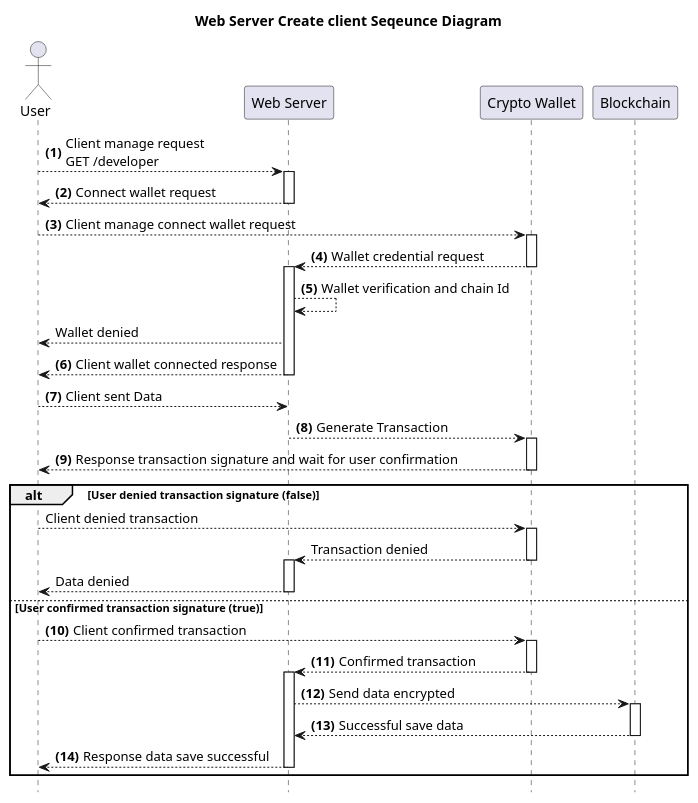
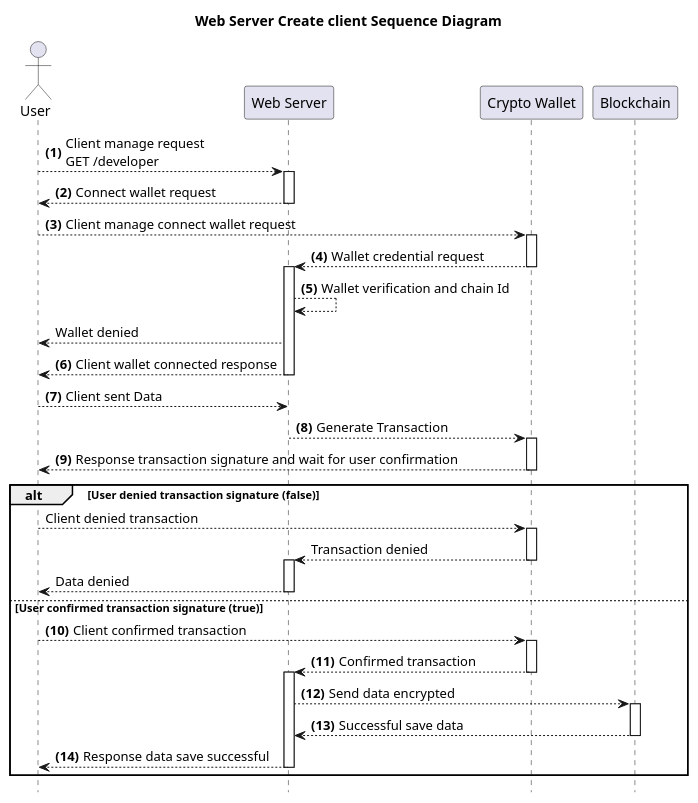
The diagram in documents/diagrams/src/web-server/CreateClient.wsd (Kritsanawipankhet/CE64-41), drawn with PlantUML before and after one commit. The commit also changed 12 other files, not shown here.

Commit message:
edit title diagram

```diff
--- a/documents/diagrams/src/web-server/CreateClient.wsd
+++ b/documents/diagrams/src/web-server/CreateClient.wsd
@@ -1,31 +1,31 @@
 @startuml Web Server Create client
-title **Web Server Create client** Seqeunce Diagram
+title **Web Server Create client** Sequence Diagram
 hide footbox
 actor User
 autonumber "<b>(0)"
 "User" --> "Web Server" ++: Client manage request\nGET /developer
 "Web Server" --> "User" --: Connect wallet request
 "User" --> "Crypto Wallet" ++: Client manage connect wallet request
 "Crypto Wallet" --> "Web Server" --++: Wallet credential request
 "Web Server" --> "Web Server" : Wallet verification and chain Id
 autonumber stop
 "Web Server" --> "User" : Wallet denied
 autonumber resume
 "Web Server" --> "User" --: Client wallet connected response
 "User" --> "Web Server" : Client sent Data
 "Web Server" --> "Crypto Wallet" ++: Generate Transaction
 "Crypto Wallet" --> "User" --: Response transaction signature and wait for user confirmation
 alt User denied transaction signature (false)
     autonumber stop
     "User" --> "Crypto Wallet" ++: Client denied transaction
     "Crypto Wallet" --> "Web Server" --++: Transaction denied
     "Web Server" --> "User" --: Data denied
 else User confirmed transaction signature (true)
     autonumber resume
     "User" --> "Crypto Wallet" ++: Client confirmed transaction
     "Crypto Wallet" --> "Web Server" --++: Confirmed transaction
     "Web Server" --> "Blockchain" ++: Send data encrypted
     "Blockchain" --> "Web Server" --: Successful save data
     "Web Server" --> "User" --: Response data save successful
 end
 @enduml
```
